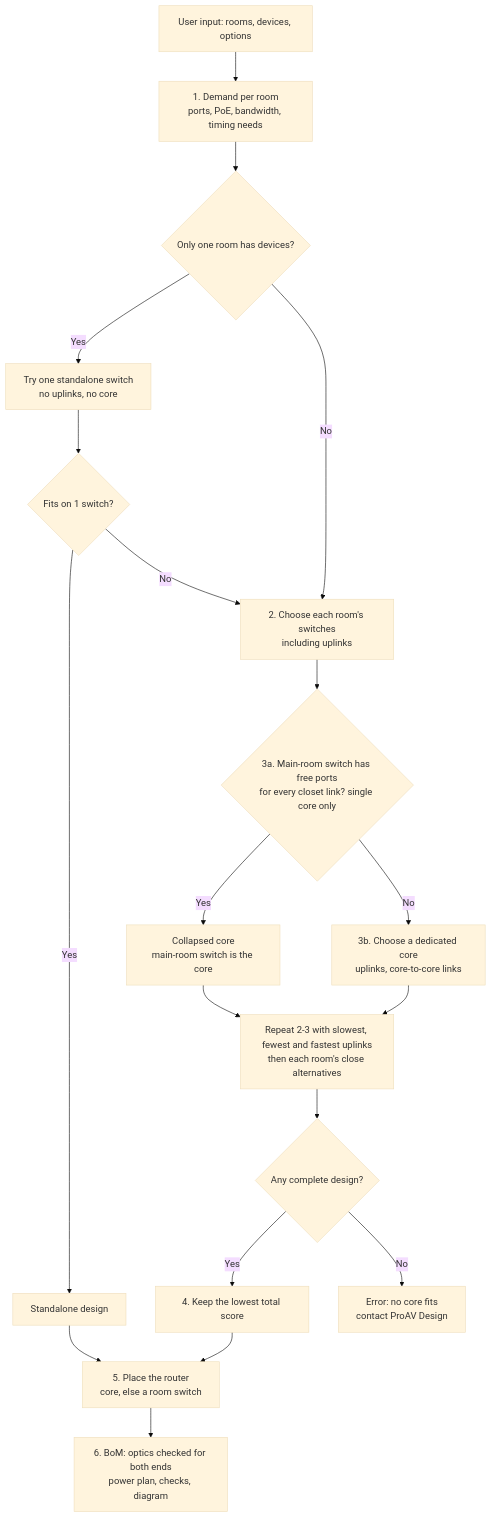
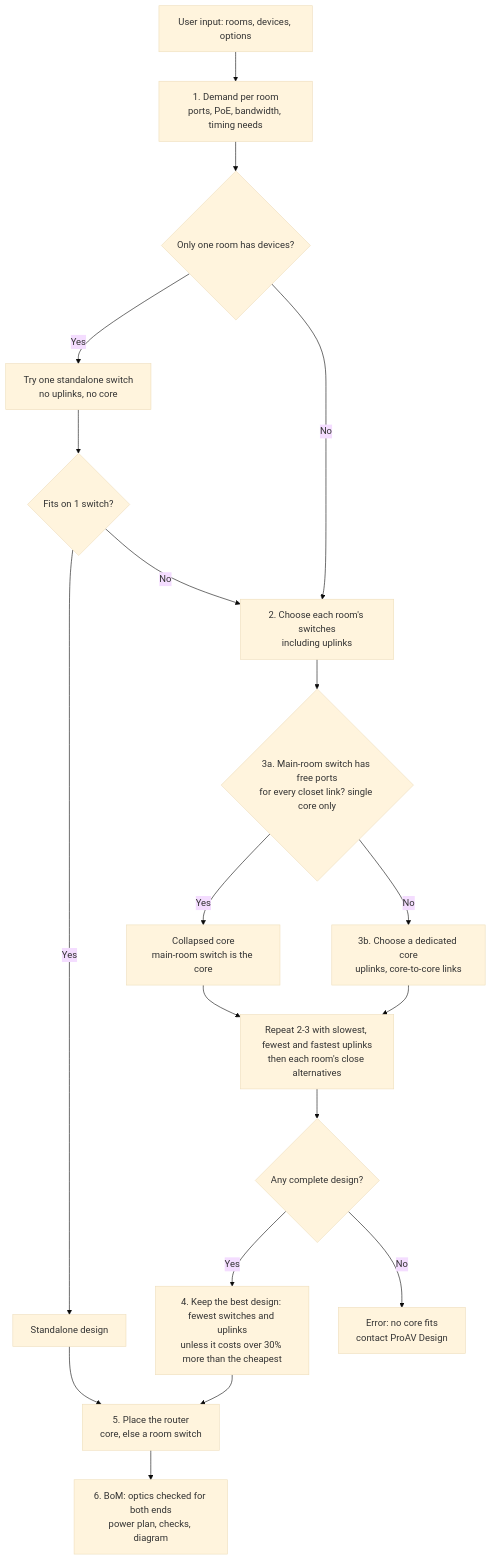
The first of 5 diagrams in docs/design-logic.md (MichaelDNTGR/ntgr-bom-public), drawn with Mermaid (base theme) before and after one commit. The commit also changed other lines of this file and 49 other files, not shown here.

First line of the commit message:
Best design first, third-party modules for long runs, and brands in the BoM

````diff
--- a/docs/design-logic.md
+++ b/docs/design-logic.md
@@ -7,21 +7,21 @@
 ```mermaid
 flowchart TD
     A["User input: rooms, devices, options"] --> B["1. Demand per room<br/>ports, PoE, bandwidth, timing needs"]
     B --> C{"Only one room has devices?"}
     C -- Yes --> D["Try one standalone switch<br/>no uplinks, no core"]
     D --> E{"Fits on 1 switch?"}
     E -- Yes --> S["Standalone design"]
     E -- No --> F
     C -- No --> F["2. Choose each room's switches<br/>including uplinks"]
     F --> G{"3a. Main-room switch has free ports<br/>for every closet link? single core only"}
     G -- Yes --> CC["Collapsed core<br/>main-room switch is the core"]
     G -- No --> G2["3b. Choose a dedicated core<br/>uplinks, core-to-core links"]
     CC --> I
     G2 --> I["Repeat 2-3 with slowest, fewest and fastest uplinks<br/>then each room's close alternatives"]
     I --> H{"Any complete design?"}
-    H -- Yes --> J["4. Keep the lowest total score"]
+    H -- Yes --> J["4. Keep the best design: fewest switches and uplinks<br/>unless it costs over 30% more than the cheapest"]
     H -- No --> X["Error: no core fits<br/>contact ProAV Design"]
     S --> R
     J --> R["5. Place the router<br/>core, else a room switch"]
     R --> K["6. BoM: optics checked for both ends<br/>power plan, checks, diagram"]
 ```
````
